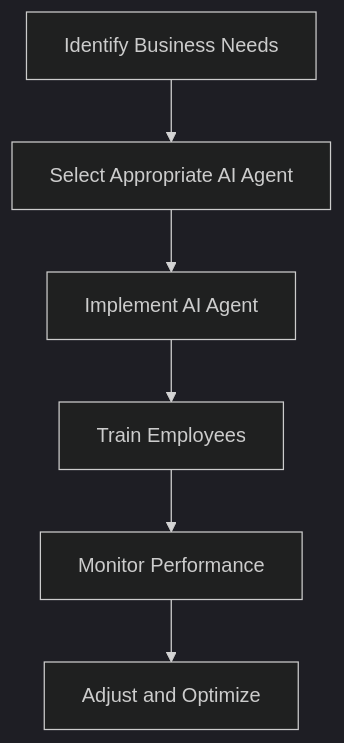
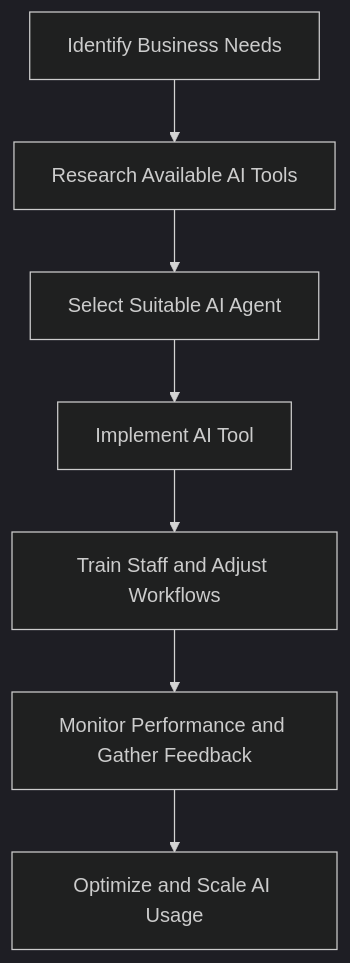
One commit to ai-tools-lab/ai-tools-lab.github.io changed the diagram in content/posts/how-ai-agents-are-transforming-business-productivity.md. Above: the diagram before and after it, drawn with Mermaid (dark theme). The commit also changed other lines of this file and 1041 other files, not shown here.

````diff
--- a/content/posts/how-ai-agents-are-transforming-business-productivity.md
+++ b/content/posts/how-ai-agents-are-transforming-business-productivity.md
@@ -134,8 +151,9 @@
 ```mermaid
 graph TD;
-    A[Identify Business Needs] --> B[Select Appropriate AI Agent]
-    B --> C[Implement AI Agent]
-    C --> D[Train Employees]
-    D --> E[Monitor Performance]
-    E --> F[Adjust and Optimize]
+    A[Identify Business Needs] --> B[Research Available AI Tools]
+    B --> C[Select Suitable AI Agent]
+    C --> D[Implement AI Tool]
+    D --> E[Train Staff and Adjust Workflows]
+    E --> F[Monitor Performance and Gather Feedback]
+    F --> G[Optimize and Scale AI Usage]
 ```
````
